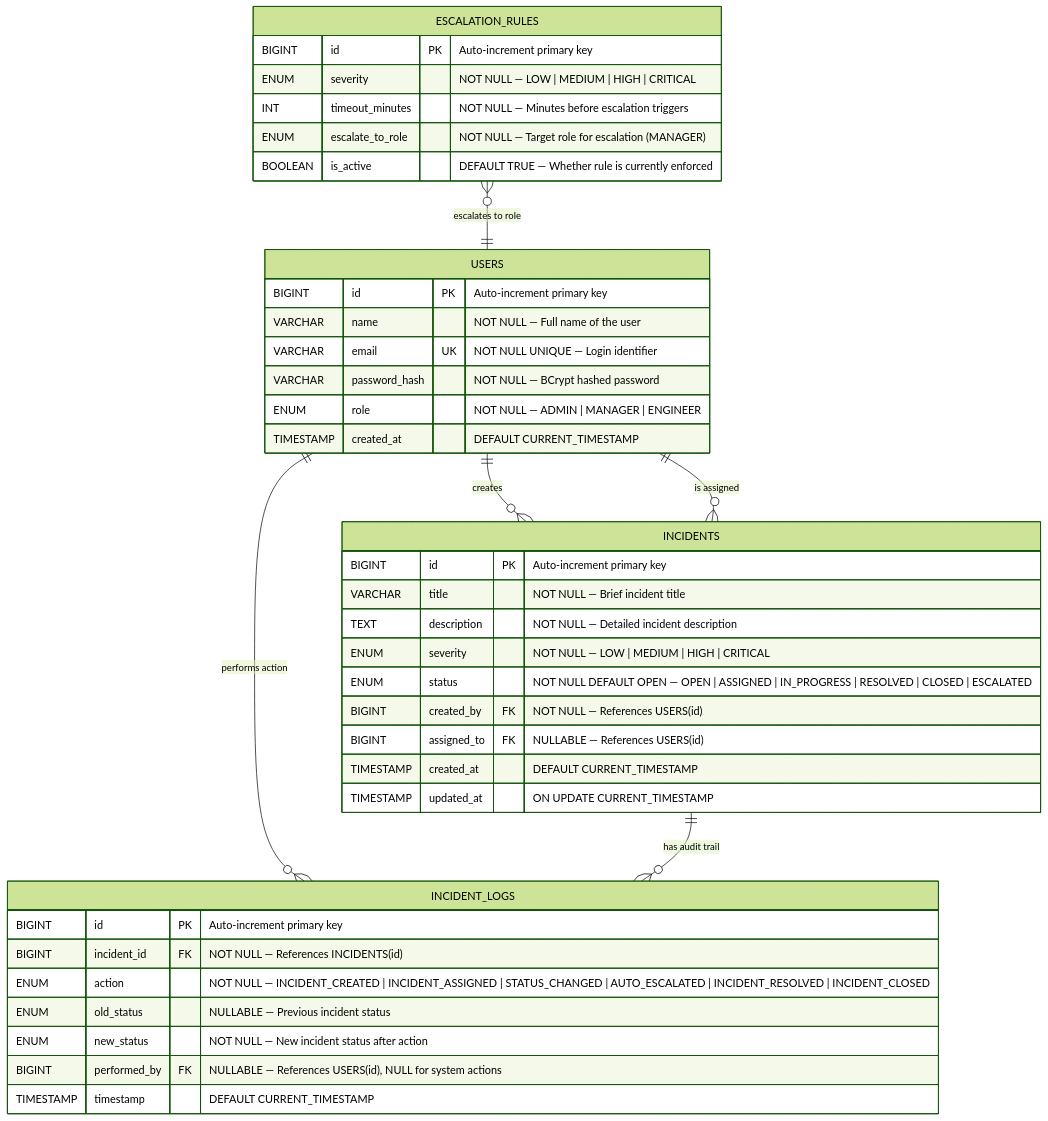
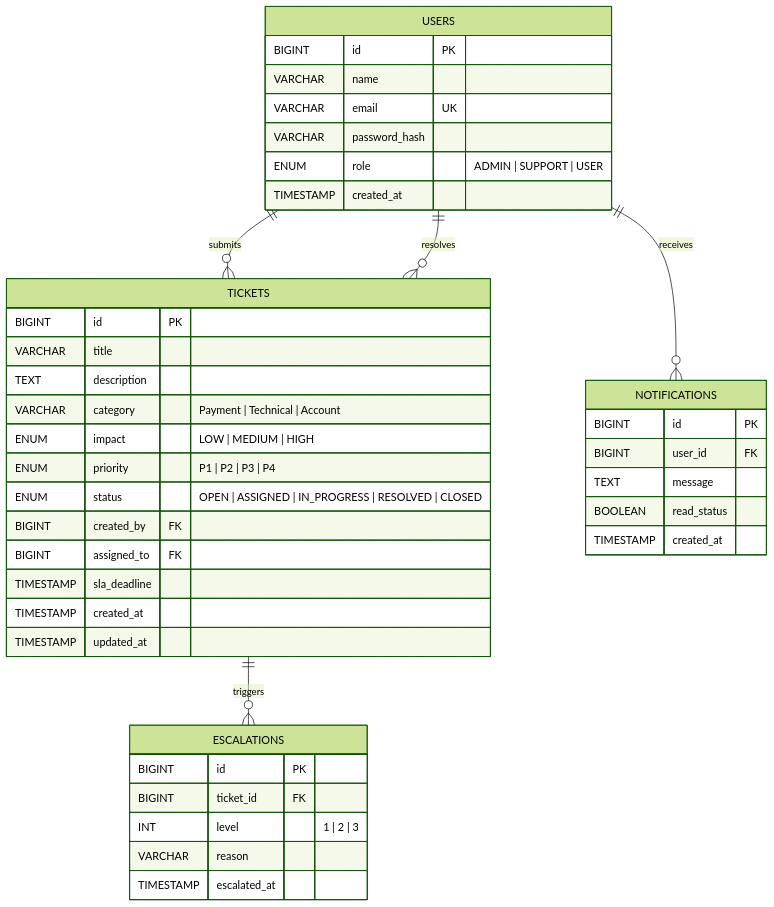
The diagram in ErDiagram.md (prempyla/sesd-project), drawn with Mermaid (forest theme) before and after one commit. The commit also changed other lines of this file, not shown here.

First line of the commit message:
Revise ER Diagram for SETS schema updates

````diff
--- a/ErDiagram.md
+++ b/ErDiagram.md
@@ -11,51 +11,47 @@
 ```mermaid
 erDiagram
     USERS {
-        BIGINT id PK "Auto-increment primary key"
-        VARCHAR name "NOT NULL — Full name of the user"
-        VARCHAR email UK "NOT NULL UNIQUE — Login identifier"
-        VARCHAR password_hash "NOT NULL — BCrypt hashed password"
-        ENUM role "NOT NULL — ADMIN | MANAGER | ENGINEER"
-        TIMESTAMP created_at "DEFAULT CURRENT_TIMESTAMP"
+        BIGINT id PK
+        VARCHAR name
+        VARCHAR email UK
+        VARCHAR password_hash
+        ENUM role "ADMIN | SUPPORT | USER"
+        TIMESTAMP created_at
     }
 
-    INCIDENTS {
-        BIGINT id PK "Auto-increment primary key"
-        VARCHAR title "NOT NULL — Brief incident title"
-        TEXT description "NOT NULL — Detailed incident description"
-        ENUM severity "NOT NULL — LOW | MEDIUM | HIGH | CRITICAL"
-        ENUM status "NOT NULL DEFAULT OPEN — OPEN | ASSIGNED | IN_PROGRESS | RESOLVED | CLOSED | ESCALATED"
-        BIGINT created_by FK "NOT NULL — References USERS(id)"
-        BIGINT assigned_to FK "NULLABLE — References USERS(id)"
-        TIMESTAMP created_at "DEFAULT CURRENT_TIMESTAMP"
-        TIMESTAMP updated_at "ON UPDATE CURRENT_TIMESTAMP"
+    TICKETS {
+        BIGINT id PK
+        VARCHAR title
+        TEXT description
+        VARCHAR category "Payment | Technical | Account"
+        ENUM impact "LOW | MEDIUM | HIGH"
+        ENUM priority "P1 | P2 | P3 | P4"
+        ENUM status "OPEN | ASSIGNED | IN_PROGRESS | RESOLVED | CLOSED"
+        BIGINT created_by FK
+        BIGINT assigned_to FK
+        TIMESTAMP sla_deadline
+        TIMESTAMP created_at
+        TIMESTAMP updated_at
     }
 
-    INCIDENT_LOGS {
-        BIGINT id PK "Auto-increment primary key"
-        BIGINT incident_id FK "NOT NULL — References INCIDENTS(id)"
-        ENUM action "NOT NULL — INCIDENT_CREATED | INCIDENT_ASSIGNED | STATUS_CHANGED | AUTO_ESCALATED | INCIDENT_RESOLVED | INCIDENT_CLOSED"
-        ENUM old_status "NULLABLE — Previous incident status"
-        ENUM new_status "NOT NULL — New incident status after action"
-        BIGINT performed_by FK "NULLABLE — References USERS(id), NULL for system actions"
-        TIMESTAMP timestamp "DEFAULT CURRENT_TIMESTAMP"
+    ESCALATIONS {
+        BIGINT id PK
+        BIGINT ticket_id FK
+        INT level "1 | 2 | 3"
+        VARCHAR reason
+        TIMESTAMP escalated_at
     }
 
-    ESCALATION_RULES {
-        BIGINT id PK "Auto-increment primary key"
-        ENUM severity "NOT NULL — LOW | MEDIUM | HIGH | CRITICAL"
-        INT timeout_minutes "NOT NULL — Minutes before escalation triggers"
-        ENUM escalate_to_role "NOT NULL — Target role for escalation (MANAGER)"
-        BOOLEAN is_active "DEFAULT TRUE — Whether rule is currently enforced"
+    NOTIFICATIONS {
+        BIGINT id PK
+        BIGINT user_id FK
+        TEXT message
+        BOOLEAN read_status
+        TIMESTAMP created_at
     }
 
-    %% ═══════════════════════════════════════
-    %% RELATIONSHIPS
-    %% ═══════════════════════════════════════
-
-    USERS ||--o{ INCIDENTS : "creates"
-    USERS ||--o{ INCIDENTS : "is assigned"
-    USERS ||--o{ INCIDENT_LOGS : "performs action"
-    INCIDENTS ||--o{ INCIDENT_LOGS : "has audit trail"
-    ESCALATION_RULES }o--|| USERS : "escalates to role"
+    USERS ||--o{ TICKETS : "submits"
+    USERS ||--o{ TICKETS : "resolves"
+    TICKETS ||--o{ ESCALATIONS : "triggers"
+    USERS ||--o{ NOTIFICATIONS : "receives"
 ```
````
